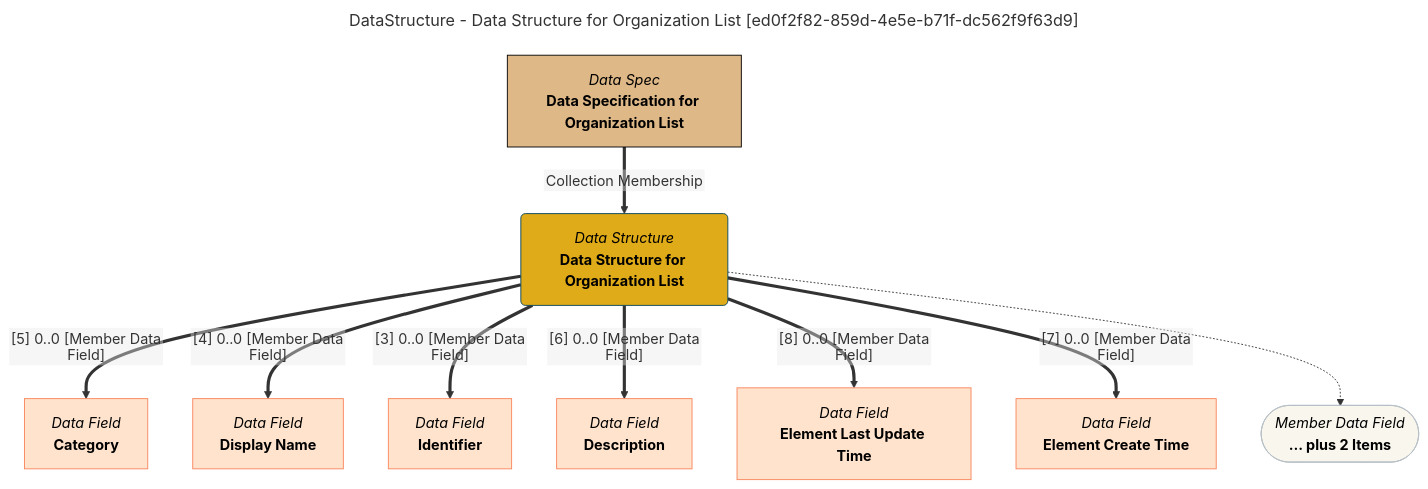
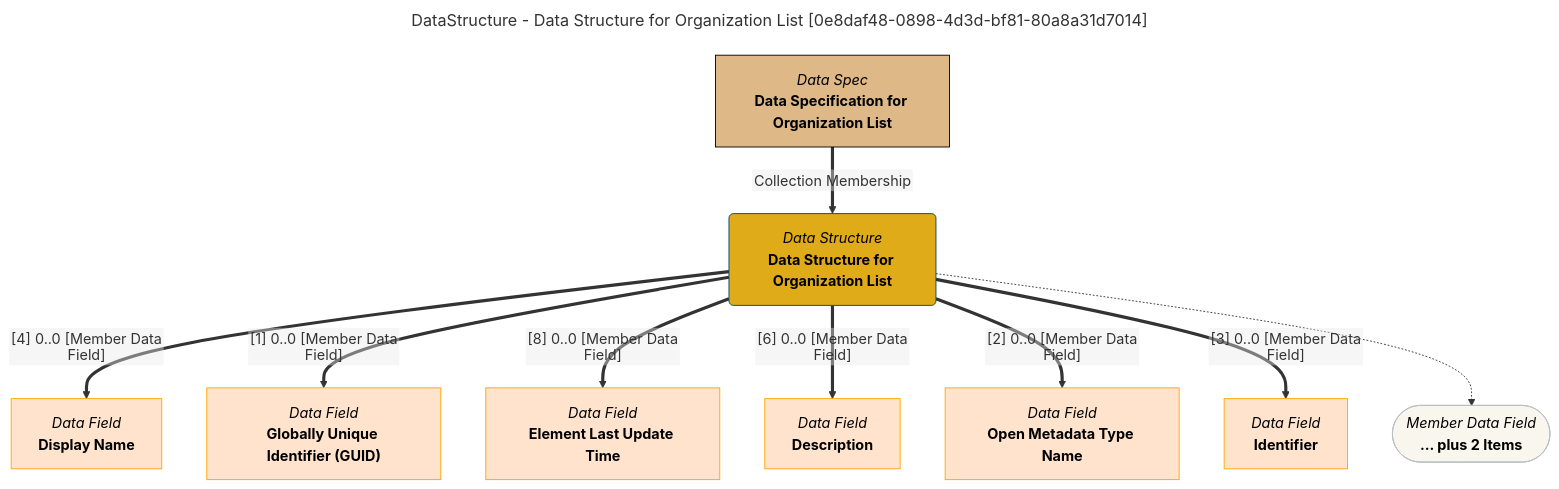
Before and after one commit to odpi/egeria-docs: the diagram in site/snippets/data-structures/data-structure-for-organization-list-mermaid-graph.md, drawn with Mermaid. The commit also changed 2201 other files, not shown here.

````diff
--- a/site/snippets/data-structures/data-structure-for-organization-list-mermaid-graph.md
+++ b/site/snippets/data-structures/data-structure-for-organization-list-mermaid-graph.md
@@ -1,43 +1,43 @@
 ```mermaid
 ---
-title: DataStructure - Data Structure for Organization List [ed0f2f82-859d-4e5e-b71f-dc562f9f63d9]
+title: DataStructure - Data Structure for Organization List [0e8daf48-0898-4d3d-bf81-80a8a31d7014]
 ---
 flowchart TD
 %%{init: {"flowchart": {"htmlLabels": false}} }%%
 
 1@{ shape: rounded, label: "*Data Structure*
 **Data Structure for Organization List**"}
 2@{ shape: rect, label: "*Data Spec*
 **Data Specification for Organization List**"}
 2==>|"Collection Membership"|1
 3@{ shape: rect, label: "*Data Field*
-**Category**"}
-1==>|"[5] 0..0 [Member Data Field]"|3
+**Display Name**"}
+1==>|"[4] 0..0 [Member Data Field]"|3
 4@{ shape: rect, label: "*Data Field*
-**Display Name**"}
-1==>|"[4] 0..0 [Member Data Field]"|4
+**Globally Unique Identifier (GUID)**"}
+1==>|"[1] 0..0 [Member Data Field]"|4
 5@{ shape: rect, label: "*Data Field*
-**Identifier**"}
-1==>|"[3] 0..0 [Member Data Field]"|5
+**Element Last Update Time**"}
+1==>|"[8] 0..0 [Member Data Field]"|5
 6@{ shape: rect, label: "*Data Field*
 **Description**"}
 1==>|"[6] 0..0 [Member Data Field]"|6
 7@{ shape: rect, label: "*Data Field*
-**Element Last Update Time**"}
-1==>|"[8] 0..0 [Member Data Field]"|7
+**Open Metadata Type Name**"}
+1==>|"[2] 0..0 [Member Data Field]"|7
 8@{ shape: rect, label: "*Data Field*
-**Element Create Time**"}
-1==>|"[7] 0..0 [Member Data Field]"|8
+**Identifier**"}
+1==>|"[3] 0..0 [Member Data Field]"|8
 9@{ shape: stadium, label: "*Member Data Field*
 **... plus 2 Items**"}
 1-.->9
 style 1 color:#000000, fill:#e0ab18, stroke:#004563
-style 2 color:#000000, fill:#deb887, stroke:#000000
-style 3 color:#000000, fill:#ffe3cc, stroke:#f9845b
-style 4 color:#000000, fill:#ffe3cc, stroke:#f9845b
-style 5 color:#000000, fill:#ffe3cc, stroke:#f9845b
-style 6 color:#000000, fill:#ffe3cc, stroke:#f9845b
-style 7 color:#000000, fill:#ffe3cc, stroke:#f9845b
-style 8 color:#000000, fill:#ffe3cc, stroke:#f9845b
+style 2 color:#000000, fill:#DEB887, stroke:#000000
+style 3 color:#000000, fill:#ffe3cc, stroke:#FFA500
+style 4 color:#000000, fill:#ffe3cc, stroke:#FFA500
+style 5 color:#000000, fill:#ffe3cc, stroke:#FFA500
+style 6 color:#000000, fill:#ffe3cc, stroke:#FFA500
+style 7 color:#000000, fill:#ffe3cc, stroke:#FFA500
+style 8 color:#000000, fill:#ffe3cc, stroke:#FFA500
 style 9 color:#000000, fill:#F9F7ED, stroke:#b7c0c7
 ```
````
